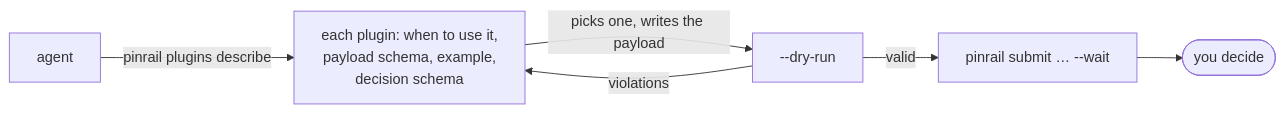
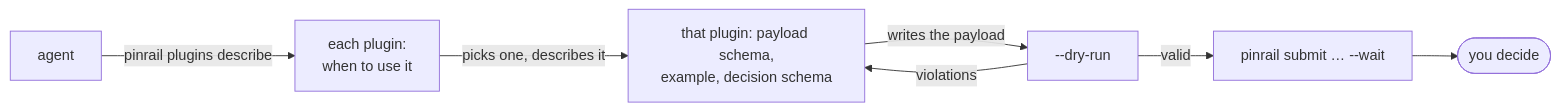
One commit to forgeplane/pinrail changed the second of 2 diagrams in docs/concepts/plugins.md. Above: the diagram before and after it, drawn with Mermaid. The commit also changed other lines of this file and 4 other files, not shown here.

Commit message:
Make plugins describe an index an agent reads first, and plugins a table in markdown

````diff
--- a/docs/concepts/plugins.md
+++ b/docs/concepts/plugins.md
@@ -43,8 +43,9 @@
 ```mermaid title="From an unknown set of plugins to a review in the inbox"
 flowchart LR
-  A["agent"] -->|"pinrail plugins describe"| D["each plugin: when to use it,<br/>payload schema, example,<br/>decision schema"]
-  D -->|"picks one, writes the payload"| C["--dry-run"]
+  A["agent"] -->|"pinrail plugins describe"| I["each plugin:<br/>when to use it"]
+  I -->|"picks one, describes it"| D["that plugin: payload schema,<br/>example, decision schema"]
+  D -->|"writes the payload"| C["--dry-run"]
   C -->|"violations"| D
   C -->|"valid"| S["pinrail submit … --wait"]
   S --> Y(["you decide"]):::you
 ```
````
